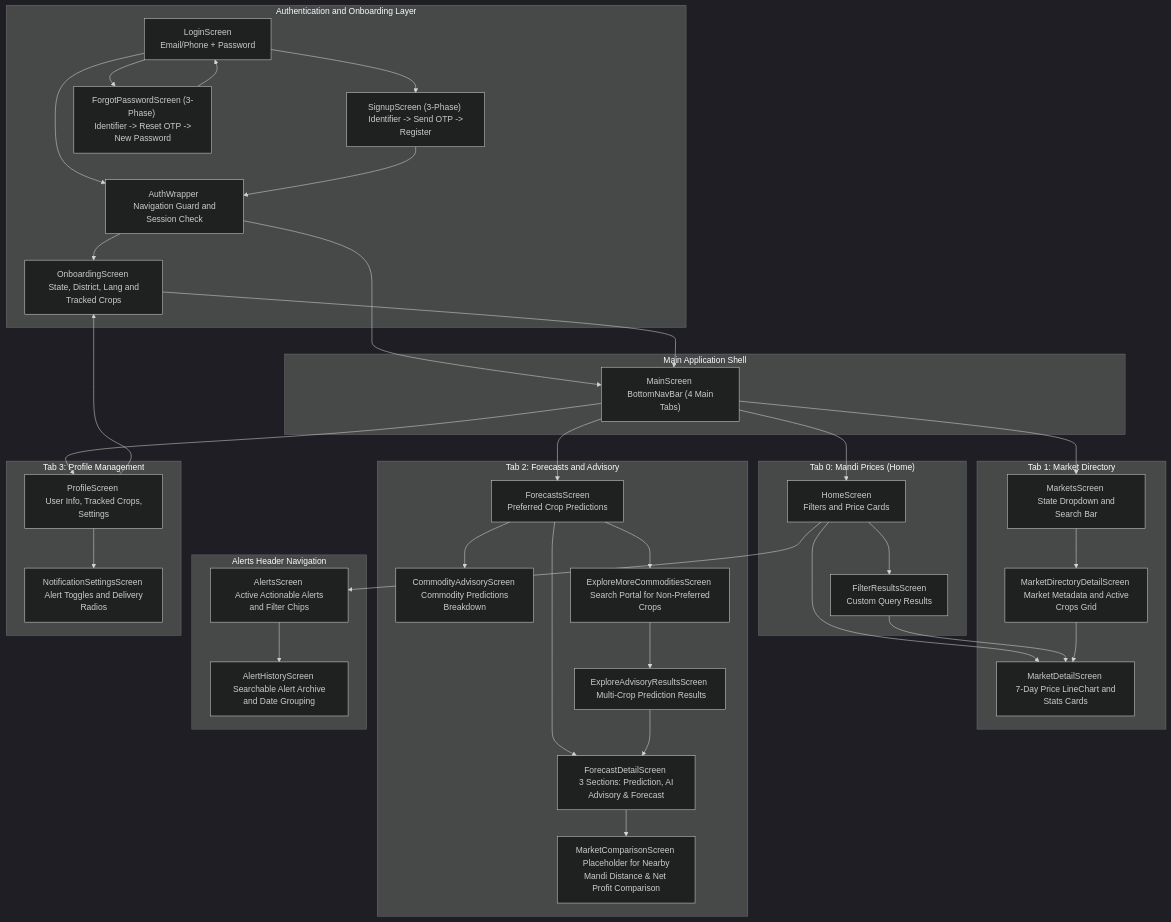
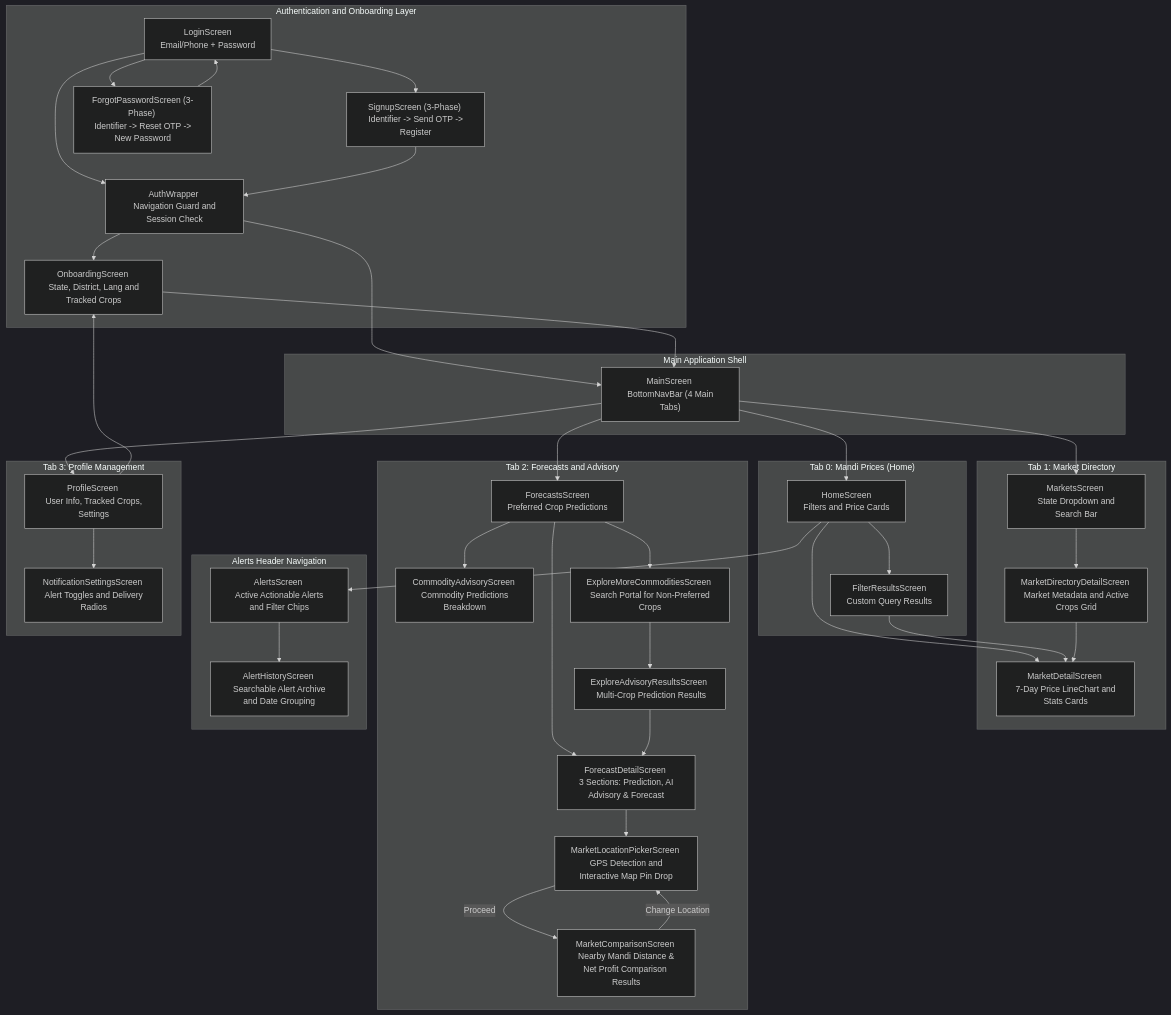
The third of 3 diagrams in agent_helper.md (Navaneeth832/mandi-intelligence-app), drawn with Mermaid (dark theme) before and after one commit. The commit also changed other lines of this file and 12 other files, not shown here.

````diff
--- a/agent_helper.md
+++ b/agent_helper.md
@@ -299,72 +302,75 @@
 ```mermaid
 flowchart TB
     subgraph AuthLayer ["Authentication and Onboarding Layer"]
         AuthWrapper["AuthWrapper \n Navigation Guard and Session Check"]
         LoginScreen["LoginScreen \n Email/Phone + Password"]
         SignupScreen["SignupScreen (3-Phase) \n Identifier -> Send OTP -> Register"]
         ForgotPasswordScreen["ForgotPasswordScreen (3-Phase) \n Identifier -> Reset OTP -> New Password"]
         OnboardingScreen["OnboardingScreen \n State, District, Lang and Tracked Crops"]
     end
 
     subgraph AppHub ["Main Application Shell"]
         MainScreen["MainScreen \n BottomNavBar (4 Main Tabs)"]
     end
 
     subgraph HomeTab ["Tab 0: Mandi Prices (Home)"]
         HomeScreen["HomeScreen \n Filters and Price Cards"]
         FilterResultsScreen["FilterResultsScreen \n Custom Query Results"]
     end
 
     subgraph MarketsTab ["Tab 1: Market Directory"]
         MarketsScreen["MarketsScreen \n State Dropdown and Search Bar"]
         MarketDirectoryDetailScreen["MarketDirectoryDetailScreen \n Market Metadata and Active Crops Grid"]
         MarketDetailScreen["MarketDetailScreen \n 7-Day Price LineChart and Stats Cards"]
     end
 
     subgraph AdvisoryTab ["Tab 2: Forecasts and Advisory"]
         ForecastsScreen["ForecastsScreen \n Preferred Crop Predictions"]
         CommodityAdvisoryScreen["CommodityAdvisoryScreen \n Commodity Predictions Breakdown"]
         ExploreMoreCommoditiesScreen["ExploreMoreCommoditiesScreen \n Search Portal for Non-Preferred Crops"]
         ExploreAdvisoryResultsScreen["ExploreAdvisoryResultsScreen \n Multi-Crop Prediction Results"]
         ForecastDetailScreen["ForecastDetailScreen \n 3 Sections: Prediction, AI Advisory & Forecast"]
-        MarketComparisonScreen["MarketComparisonScreen \n Placeholder for Nearby Mandi Distance & Net Profit Comparison"]
+        MarketLocationPickerScreen["MarketLocationPickerScreen \n GPS Detection and Interactive Map Pin Drop"]
+        MarketComparisonScreen["MarketComparisonScreen \n Nearby Mandi Distance & Net Profit Comparison Results"]
     end
 
     subgraph AlertsHeader ["Alerts Header Navigation"]
         AlertsScreen["AlertsScreen \n Active Actionable Alerts and Filter Chips"]
         AlertHistoryScreen["AlertHistoryScreen \n Searchable Alert Archive and Date Grouping"]
     end
 
     subgraph ProfileTab ["Tab 3: Profile Management"]
         ProfileScreen["ProfileScreen \n User Info, Tracked Crops, Settings"]
         NotificationSettingsScreen["NotificationSettingsScreen \n Alert Toggles and Delivery Radios"]
     end
 
     LoginScreen --> SignupScreen
     LoginScreen --> ForgotPasswordScreen
     LoginScreen --> AuthWrapper
     SignupScreen --> AuthWrapper
     ForgotPasswordScreen --> LoginScreen
     AuthWrapper --> OnboardingScreen
     AuthWrapper --> MainScreen
     OnboardingScreen --> MainScreen
     MainScreen --> HomeScreen
     MainScreen --> MarketsScreen
     MainScreen --> ForecastsScreen
     MainScreen --> ProfileScreen
     HomeScreen --> AlertsScreen
     AlertsScreen --> AlertHistoryScreen
     HomeScreen --> FilterResultsScreen
     HomeScreen --> MarketDetailScreen
     FilterResultsScreen --> MarketDetailScreen
     MarketsScreen --> MarketDirectoryDetailScreen
     MarketDirectoryDetailScreen --> MarketDetailScreen
     ForecastsScreen --> CommodityAdvisoryScreen
     ForecastsScreen --> ExploreMoreCommoditiesScreen
     ForecastsScreen --> ForecastDetailScreen
     ExploreMoreCommoditiesScreen --> ExploreAdvisoryResultsScreen
     ExploreAdvisoryResultsScreen --> ForecastDetailScreen
-    ForecastDetailScreen --> MarketComparisonScreen
+    ForecastDetailScreen --> MarketLocationPickerScreen
+    MarketLocationPickerScreen -->|"Proceed"| MarketComparisonScreen
+    MarketComparisonScreen -->|"Change Location"| MarketLocationPickerScreen
     ProfileScreen --> OnboardingScreen
     ProfileScreen --> NotificationSettingsScreen
 ```
````
